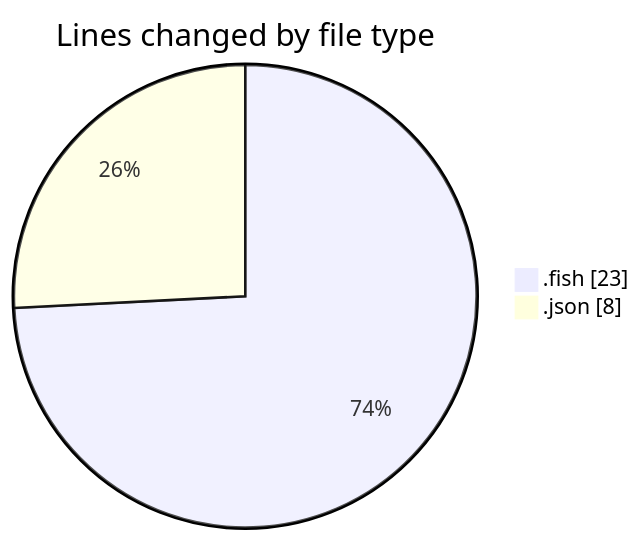
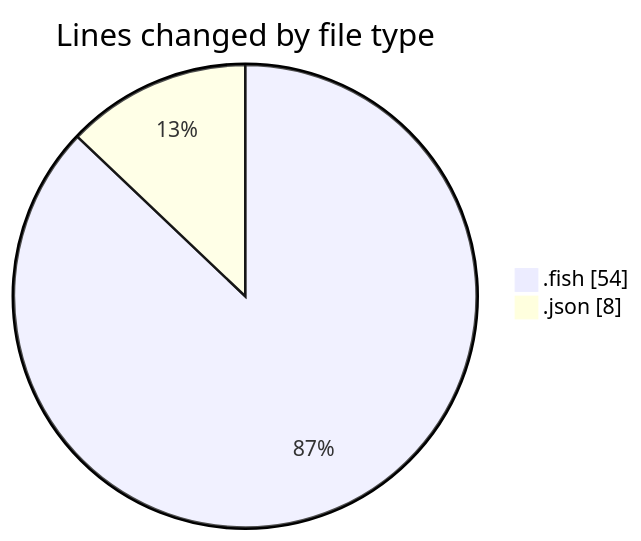
One commit to EIIisD/code-tracking changed the first of 2 diagrams in 2025-07-11/fish/README.md. Above: the diagram before and after it, drawn with Mermaid. The commit also changed other lines of this file and 1 other file, not shown here.

````diff
--- a/2025-07-11/fish/README.md
+++ b/2025-07-11/fish/README.md
@@ -21,6 +22,6 @@
 ```mermaid
 pie showData
 title Lines changed by file type
-".fish" : 23
+".fish" : 54
 ".json" : 8
 ```
````
